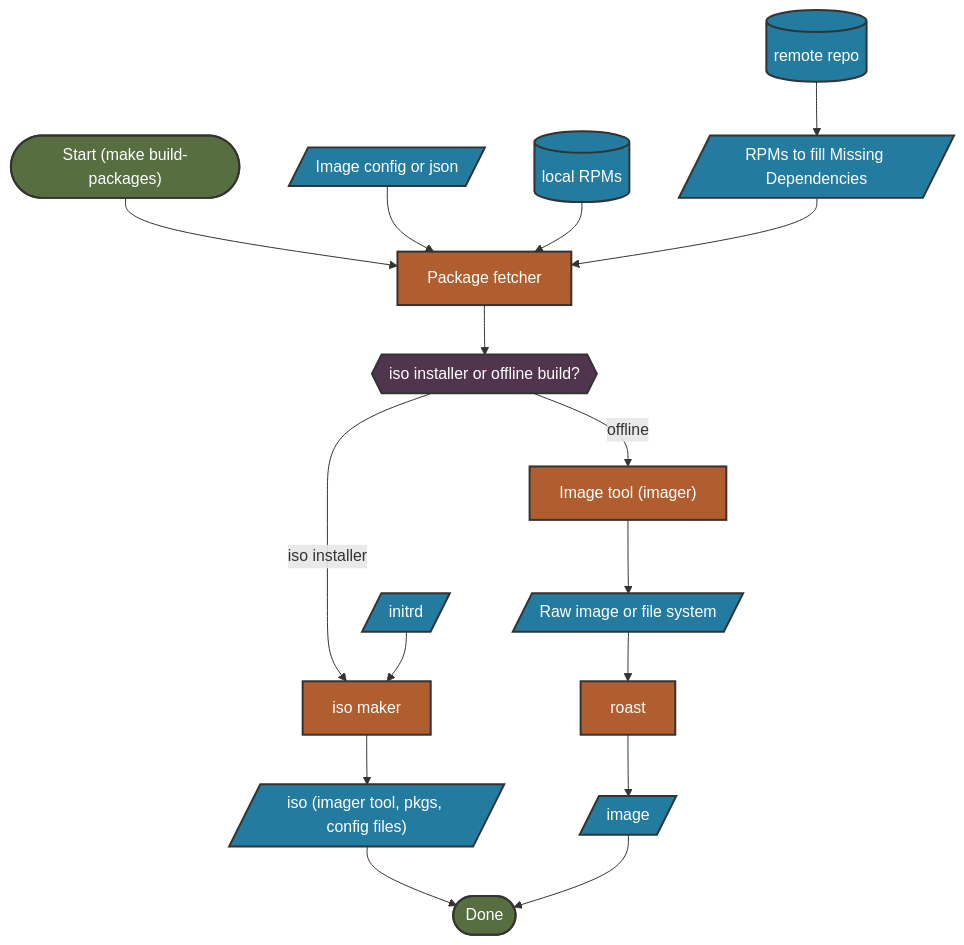
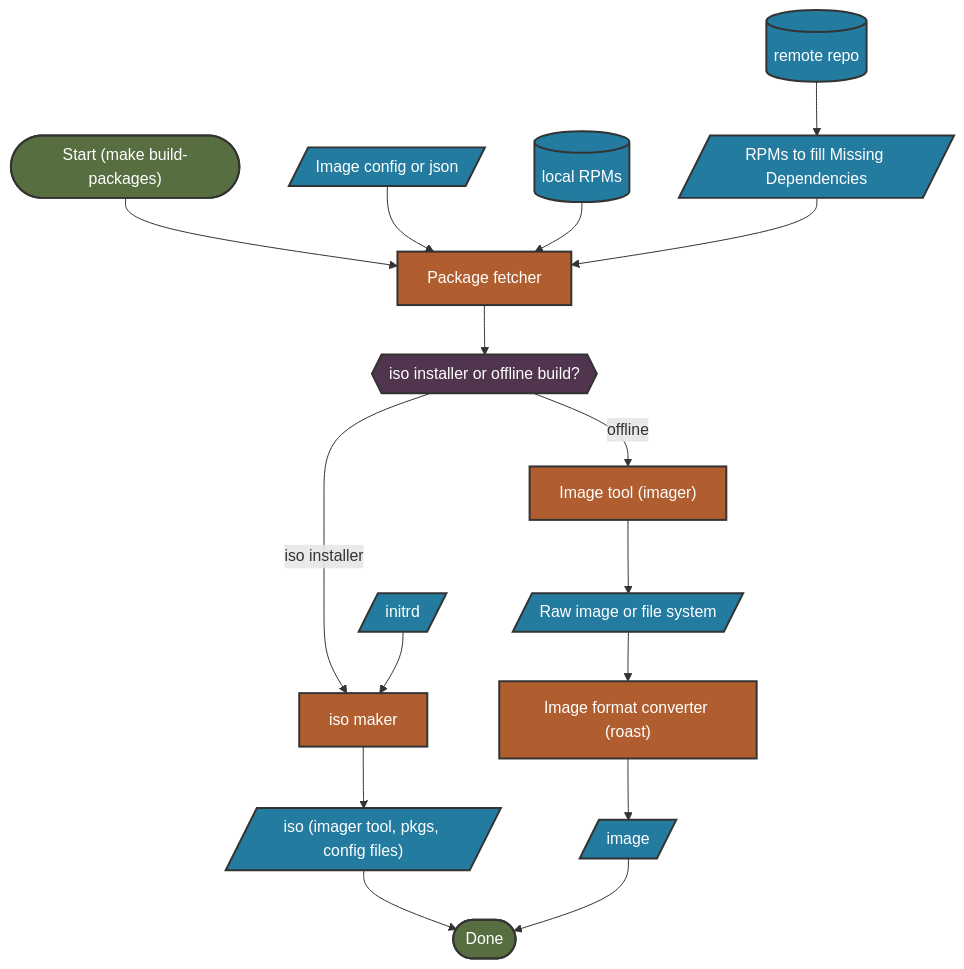
One commit to microsoft/azurelinux changed the sixth of 6 diagrams in toolkit/docs/how_it_works/0_intro.md. Above: the diagram before and after it, drawn with Mermaid. The commit also changed other lines of this file, not shown here.

Commit message:
Update verbage and error shape

````diff
--- a/toolkit/docs/how_it_works/0_intro.md
+++ b/toolkit/docs/how_it_works/0_intro.md
@@ -257,47 +254,47 @@
 ```mermaid
 flowchart TD
     %% style definitions
     classDef io fill:#247BA0,stroke:#333,stroke-width:2px,color:#fff;
     classDef process fill:#B05E2F,stroke:#333,stroke-width:2px,color:#fff;
     classDef decision fill:#51344D,stroke:#333,stroke-width:2px,color:#fff;
     classDef goodState fill:#566E40,stroke:#333,stroke-width:2px,color:#fff;
     classDef badState fill:#BC4B51,stroke:#333,stroke-width:2px,color:#fff;
 
     %% state nodes
     start(["Start (make build-packages)"]):::goodState
     done([Done]):::goodState
-    %% error([error]):::badState
+    %% error[[Error]]:::badState
 
     %% Image nodes
     imageConfig[/Image config or json/]:::io
     raw[/Raw image or file system/]:::io
-    roast[roast]:::process
+    roast["Image format converter (roast)"]:::process
     initrd[/initrd/]:::io
     iso[/"iso (imager tool, pkgs, config files)"/]:::io
     image[/image/]:::io
     pkgFetcher[Package fetcher]:::process
     rpmCache[(local RPMs)]:::io
     remoteRepo[(remote repo)]:::io
     missingDep[/RPMs to fill Missing Dependencies/]:::io
     imager["Image tool (imager)"]:::process
     isoBuild{{iso installer or offline build?}}:::decision
     isoBuilder[iso maker]:::process
 
     %% Image flow
     start-->pkgFetcher
     imageConfig-->pkgFetcher
     rpmCache-->pkgFetcher
     remoteRepo-->missingDep
     missingDep-->pkgFetcher
     pkgFetcher-->isoBuild
     isoBuild-->|iso installer|isoBuilder
     initrd-->isoBuilder
     isoBuilder-->iso
     iso-->done
     isoBuild-->|offline|imager
     imager-->raw
     raw-->roast
     roast-->image
     image-->done
     
 ```
````
